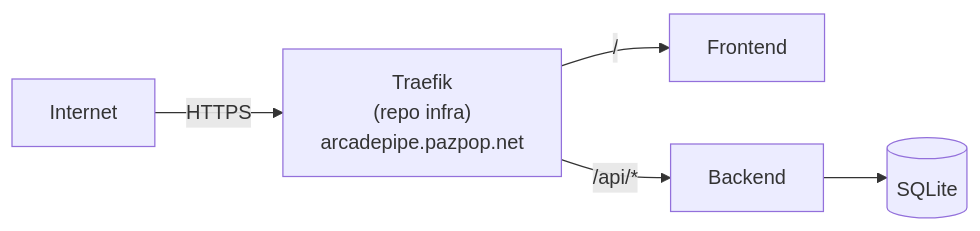
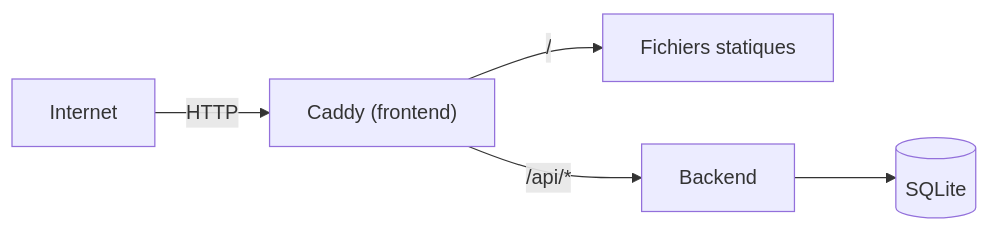
The diagram in README.md (pazpop/arcadepipe), drawn with Mermaid before and after one commit. The commit also changed other lines of this file and 3 other files, not shown here.

First line of the commit message:
Retire tout ce qui est spécifique à l'infra pazpop (Traefik, VPS, SSH)

````diff
--- a/README.md
+++ b/README.md
@@ -23,7 +22,7 @@
 ```mermaid
 flowchart LR
-    Internet -->|HTTPS| Proxy["Traefik\n(repo infra)\narcadepipe.pazpop.net"]
-    Proxy -->|/| Frontend
+    Internet -->|HTTP| Proxy["Caddy (frontend)"]
+    Proxy -->|/| Static[Fichiers statiques]
     Proxy -->|/api/*| Backend
     Backend --> DB[(SQLite)]
 ```
````
